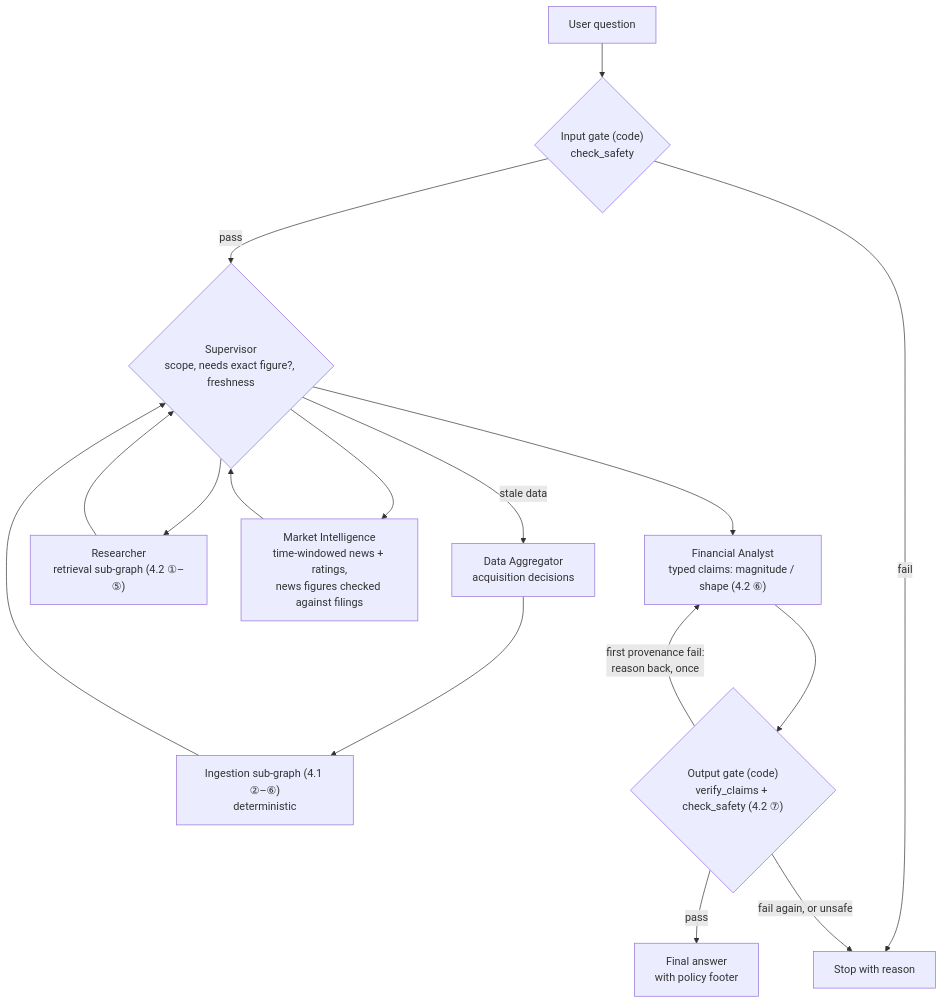
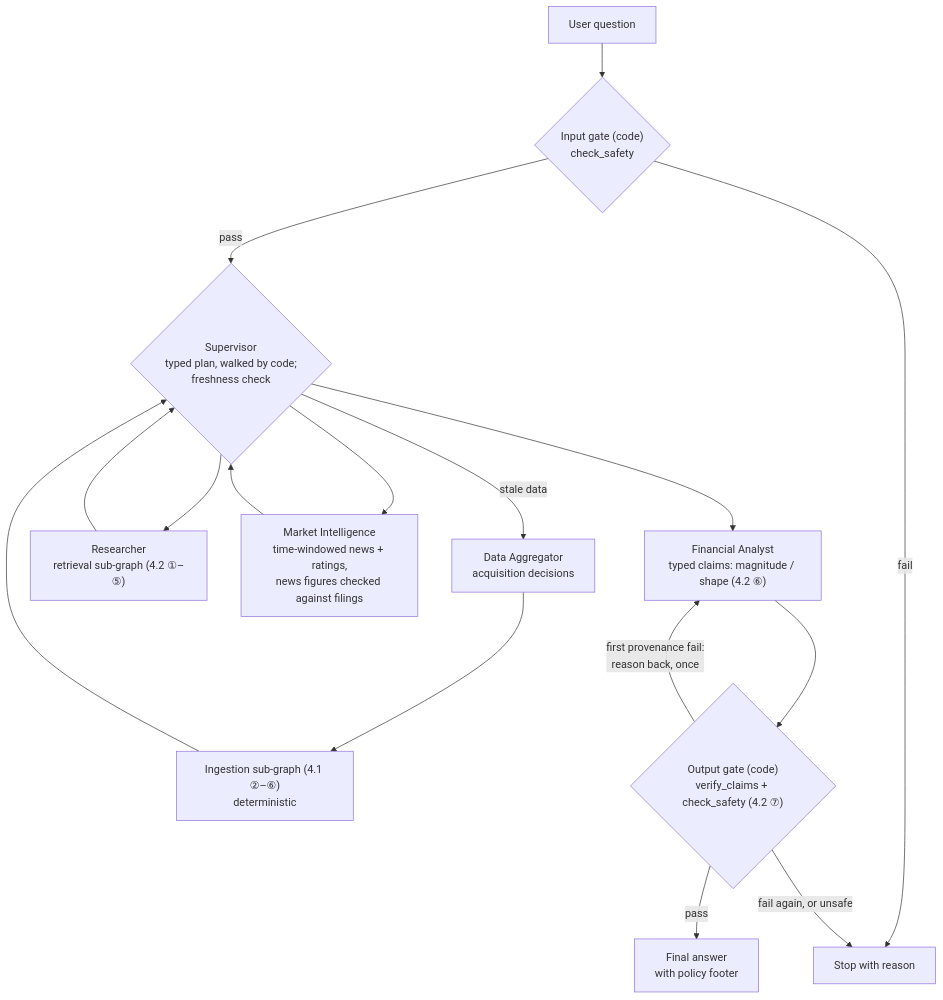
The third of 3 diagrams in PROPOSAL.md (chazyman/financial-agent-capstone), drawn with Mermaid before and after one commit. The commit also changed other lines of this file and 1 other file, not shown here.

````diff
--- a/PROPOSAL.md
+++ b/PROPOSAL.md
@@ -251,25 +254,25 @@
 ```mermaid
 flowchart TD
     U[User question]
     IG{"Input gate (code)<br/>check_safety"}
-    S{"Supervisor<br/>scope, needs exact figure?, freshness"}
+    S{"Supervisor<br/>typed plan, walked by code;<br/>freshness check"}
     DA["Data Aggregator<br/>acquisition decisions"]
     ING["Ingestion sub-graph (4.1 ②–⑥)<br/>deterministic"]
     R["Researcher<br/>retrieval sub-graph (4.2 ①–⑤)"]
     MI["Market Intelligence<br/>time-windowed news + ratings,<br/>news figures checked against filings"]
     FA["Financial Analyst<br/>typed claims: magnitude / shape (4.2 ⑥)"]
     OG{"Output gate (code)<br/>verify_claims + check_safety (4.2 ⑦)"}
     ANS["Final answer<br/>with policy footer"]
     STOP["Stop with reason"]
 
     U --> IG
     IG -->|pass| S
     IG -->|fail| STOP
     S -- stale data --> DA --> ING --> S
     S --> R --> S
     S --> MI --> S
     S --> FA --> OG
     OG -->|pass| ANS
     OG -->|"first provenance fail:<br/>reason back, once"| FA
     OG -->|"fail again, or unsafe"| STOP
 ```
````
